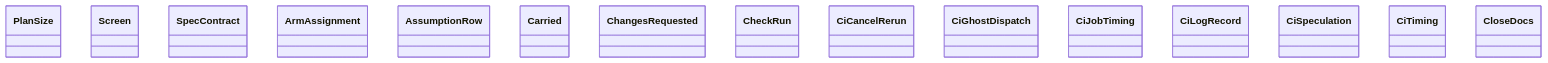
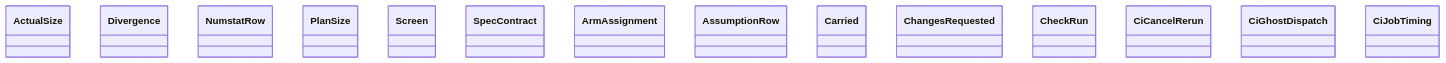
The diagram in docs/architecture/generated/classes-process-domain-state-3.md (GonzaloZevallos/agentic-system), drawn with Mermaid before and after one commit. The commit also changed other lines of this file and 29 other files, not shown here.

````diff
--- a/docs/architecture/generated/classes-process-domain-state-3.md
+++ b/docs/architecture/generated/classes-process-domain-state-3.md
@@ -26,18 +27,17 @@
 ```mermaid
 classDiagram
+    class size_budget__ActualSize["ActualSize"]
+    class size_budget__Divergence["Divergence"]
+    class size_budget__NumstatRow["NumstatRow"]
     class size_budget__PlanSize["PlanSize"]
     class spec_delivery__Screen["Screen"]
     class spec_delivery__SpecContract["SpecContract"]
     class task__ArmAssignment["ArmAssignment"]
     class task__AssumptionRow["AssumptionRow"]
     class task__Carried["Carried"]
     class task__ChangesRequested["ChangesRequested"]
     class task__CheckRun["CheckRun"]
     class task__CiCancelRerun["CiCancelRerun"]
     class task__CiGhostDispatch["CiGhostDispatch"]
     class task__CiJobTiming["CiJobTiming"]
-    class task__CiLogRecord["CiLogRecord"]
-    class task__CiSpeculation["CiSpeculation"]
-    class task__CiTiming["CiTiming"]
-    class task__CloseDocs["CloseDocs"]
 ```
````
